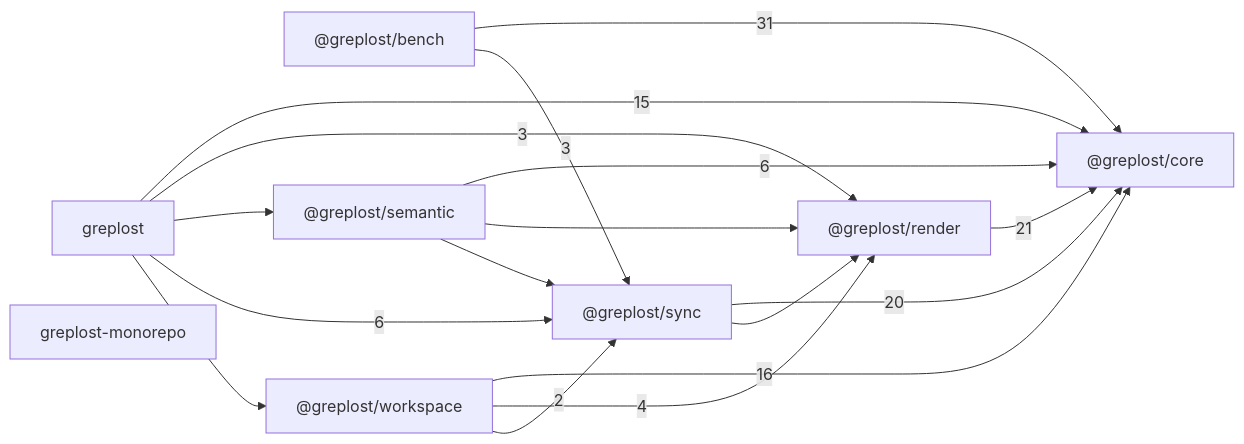
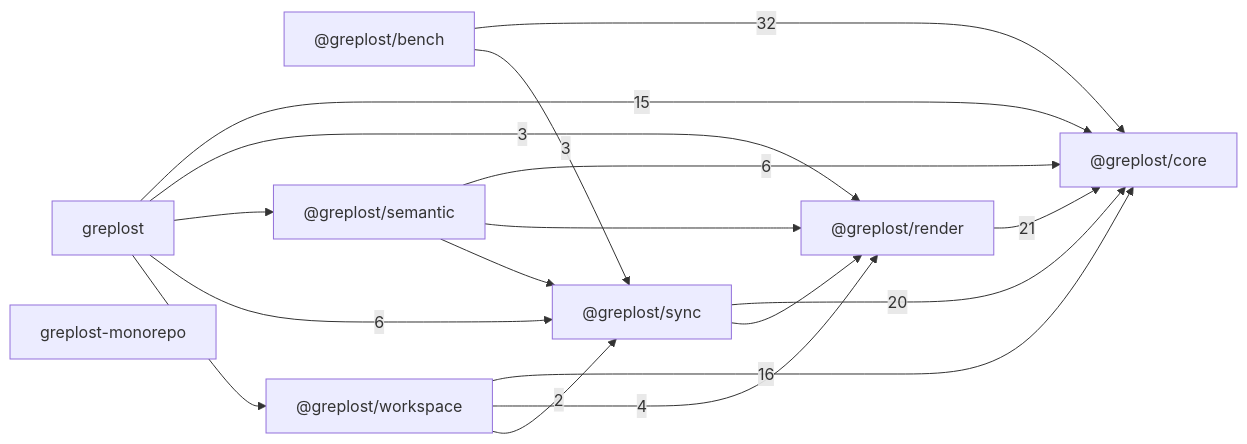
Before and after one commit to sns45/greplost: the diagram in .greplost/repo/MAP.md, drawn with Mermaid. The commit also changed other lines of this file and 49 other files, not shown here.

````diff
--- a/.greplost/repo/MAP.md
+++ b/.greplost/repo/MAP.md
@@ -21,27 +21,27 @@
 ```mermaid
 graph LR
   _greplost_bench["@greplost/bench"]
   _greplost_core["@greplost/core"]
   _greplost_render["@greplost/render"]
   _greplost_semantic["@greplost/semantic"]
   _greplost_sync["@greplost/sync"]
   _greplost_workspace["@greplost/workspace"]
   greplost["greplost"]
   greplost_monorepo["greplost-monorepo"]
-  _greplost_bench -->|31| _greplost_core
+  _greplost_bench -->|32| _greplost_core
   _greplost_bench -->|3| _greplost_sync
   _greplost_render -->|21| _greplost_core
   _greplost_semantic -->|6| _greplost_core
   _greplost_semantic --> _greplost_render
   _greplost_semantic --> _greplost_sync
   _greplost_sync -->|20| _greplost_core
   _greplost_sync --> _greplost_render
   _greplost_workspace -->|16| _greplost_core
   _greplost_workspace -->|4| _greplost_render
   _greplost_workspace -->|2| _greplost_sync
   greplost -->|15| _greplost_core
   greplost -->|3| _greplost_render
   greplost --> _greplost_semantic
   greplost -->|6| _greplost_sync
   greplost --> _greplost_workspace
 ```
````
